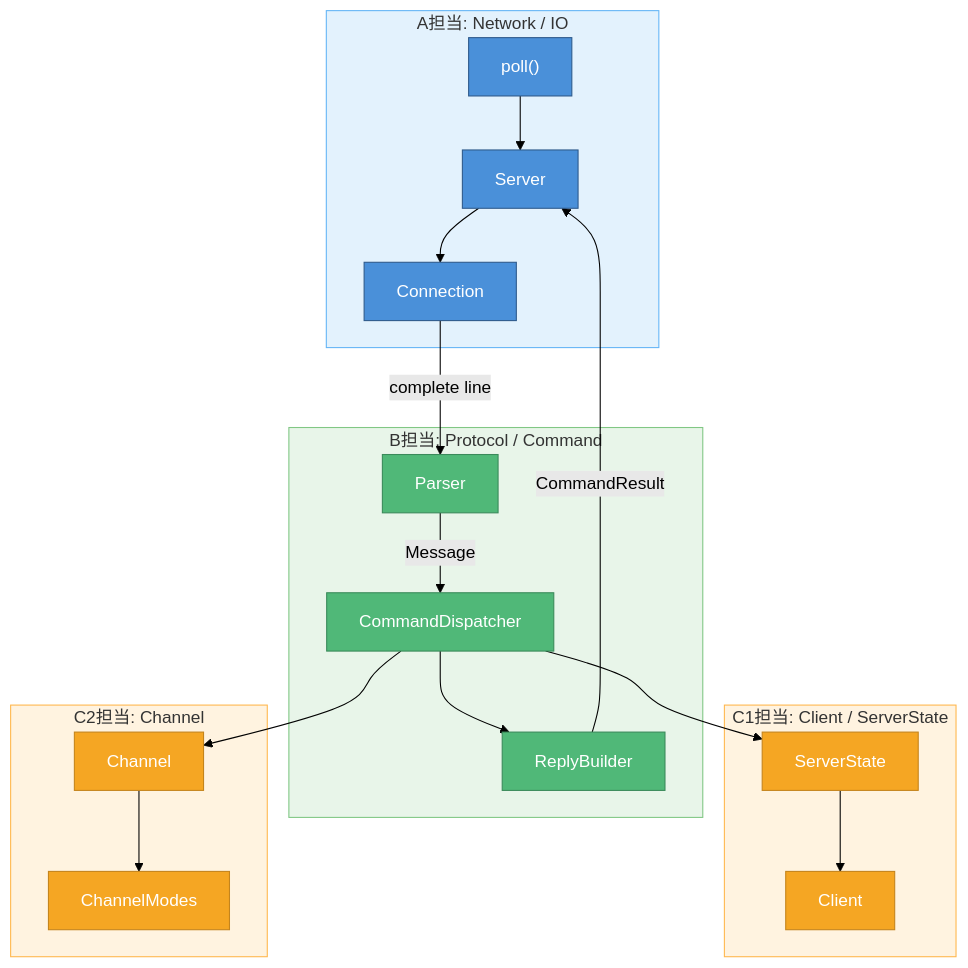
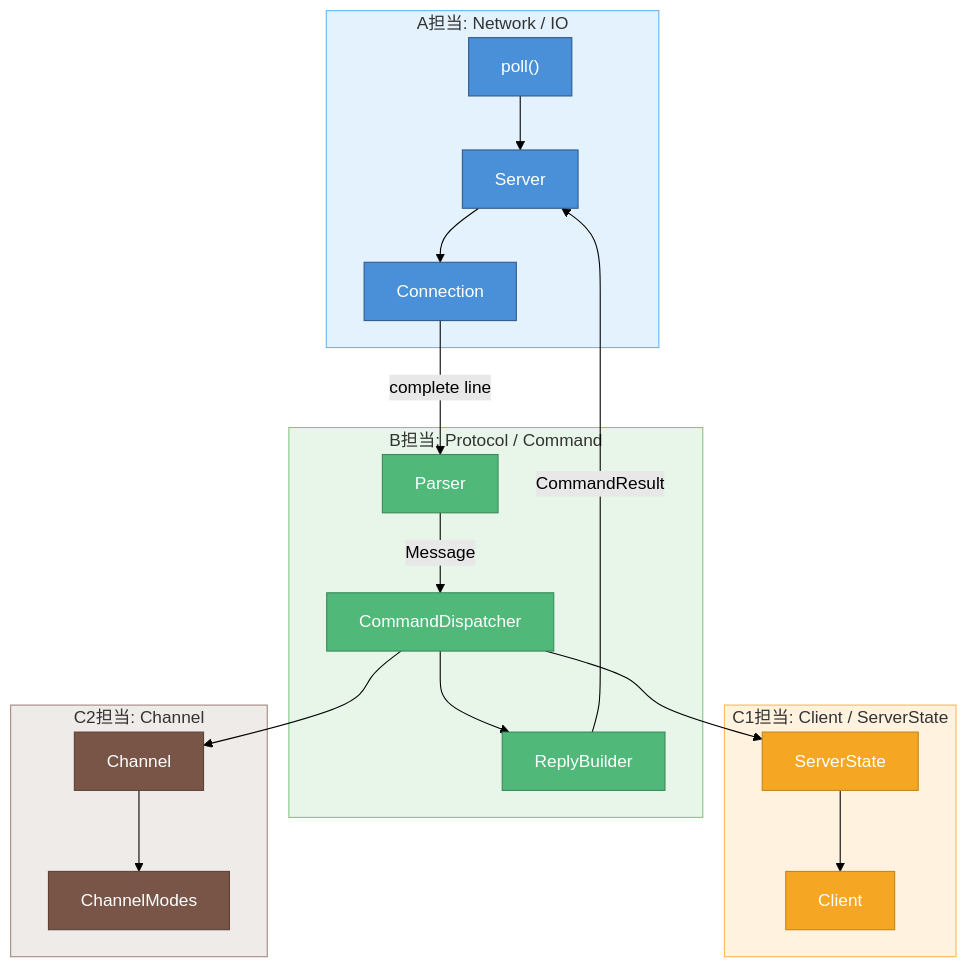
Before and after one commit to tototec1234/IRC: the first of 2 diagrams in dev_docs/reading_guide_common.md, drawn with Mermaid (forest theme). The commit also changed 26 other files, not shown here.

````diff
--- a/dev_docs/reading_guide_common.md
+++ b/dev_docs/reading_guide_common.md
@@ -24,50 +24,50 @@
 ```mermaid
 flowchart TB
     subgraph A["A担当: Network / IO"]
         Poll["poll()"]
         Server["Server"]
         Conn["Connection"]
     end
 
     subgraph B["B担当: Protocol / Command"]
         Parser["Parser"]
         Dispatcher["CommandDispatcher"]
         Reply["ReplyBuilder"]
     end
 
     subgraph C1["C1担当: Client / ServerState"]
         State["ServerState"]
         Client["Client"]
     end
 
     subgraph C2["C2担当: Channel"]
         Channel["Channel"]
         Modes["ChannelModes"]
     end
 
     Poll --> Server
     Server --> Conn
     Conn -->|complete line| Parser
     Parser -->|Message| Dispatcher
     Dispatcher --> State
     State --> Client
     Dispatcher --> Channel
     Channel --> Modes
     Dispatcher --> Reply
     Reply -->|CommandResult| Server
 
     style A fill:#E3F2FD,stroke:#64B5F6
     style B fill:#E8F5E9,stroke:#81C784
     style C1 fill:#FFF3E0,stroke:#FFB74D
-    style C2 fill:#FFF3E0,stroke:#FFB74D
+    style C2 fill:#EFEBE9,stroke:#A1887F
     style Poll fill:#4A90D9,stroke:#2E5A8B,color:#fff
     style Server fill:#4A90D9,stroke:#2E5A8B,color:#fff
     style Conn fill:#4A90D9,stroke:#2E5A8B,color:#fff
     style Parser fill:#50B878,stroke:#3A8A5A,color:#fff
     style Dispatcher fill:#50B878,stroke:#3A8A5A,color:#fff
     style Reply fill:#50B878,stroke:#3A8A5A,color:#fff
     style State fill:#F5A623,stroke:#C4841C,color:#fff
     style Client fill:#F5A623,stroke:#C4841C,color:#fff
-    style Channel fill:#F5A623,stroke:#C4841C,color:#fff
-    style Modes fill:#F5A623,stroke:#C4841C,color:#fff
+    style Channel fill:#795548,stroke:#5D4037,color:#fff
+    style Modes fill:#795548,stroke:#5D4037,color:#fff
 ```
````
